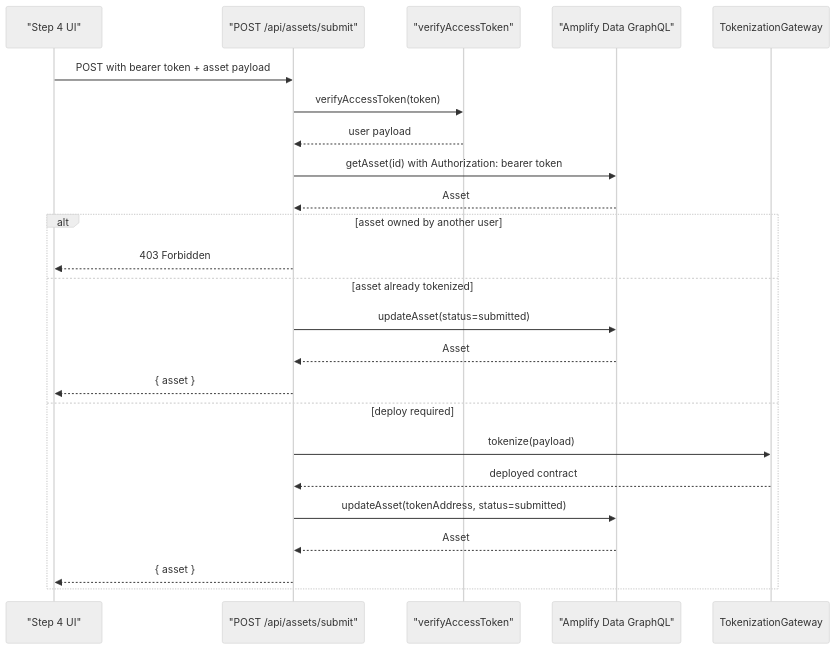
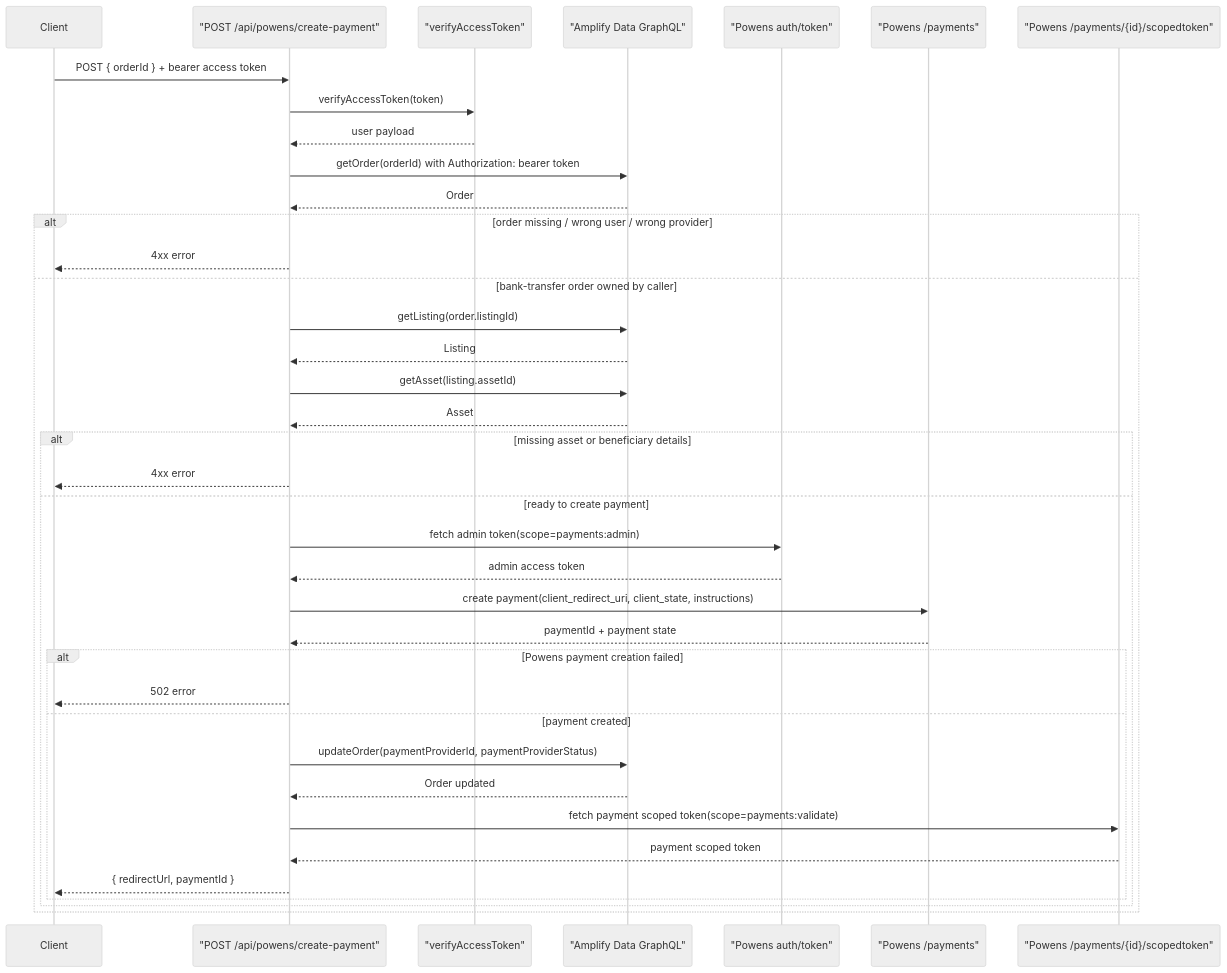
One commit to j4nos/cz changed the tenth of 31 diagrams in specs/13 - use cases sequence.md. Above: the diagram before and after it, drawn with Mermaid (neutral theme). The commit also changed other lines of this file and 5 other files, not shown here.

Commit message:
fix(flows): restore public listing reads and simplify checkout and minting

````diff
--- a/specs/13 - use cases sequence.md
+++ b/specs/13 - use cases sequence.md
@@ -213,27 +213,42 @@
 ```mermaid
 sequenceDiagram
-  participant Step4Page as "Step 4 UI"
-  participant SubmitAssetAPI as "POST /api/assets/submit"
+  participant Client
+  participant CreatePaymentAPI as "POST /api/powens/create-payment"
   participant VerifyToken as "verifyAccessToken"
   participant AppSyncGraphQL as "Amplify Data GraphQL"
-  participant TokenizationGateway
+  participant PowensAuth as "Powens auth/token"
+  participant PowensPayments as "Powens /payments"
+  participant PowensScopedToken as "Powens /payments/{id}/scopedtoken"
 
-  Step4Page->>SubmitAssetAPI: POST with bearer token + asset payload
-  SubmitAssetAPI->>VerifyToken: verifyAccessToken(token)
-  VerifyToken-->>SubmitAssetAPI: user payload
-  SubmitAssetAPI->>AppSyncGraphQL: getAsset(id) with Authorization: bearer token
-  AppSyncGraphQL-->>SubmitAssetAPI: Asset
-  alt asset owned by another user
-    SubmitAssetAPI-->>Step4Page: 403 Forbidden
-  else asset already tokenized
-    SubmitAssetAPI->>AppSyncGraphQL: updateAsset(status=submitted)
-    AppSyncGraphQL-->>SubmitAssetAPI: Asset
-    SubmitAssetAPI-->>Step4Page: { asset }
-  else deploy required
-    SubmitAssetAPI->>TokenizationGateway: tokenize(payload)
-    TokenizationGateway-->>SubmitAssetAPI: deployed contract
-    SubmitAssetAPI->>AppSyncGraphQL: updateAsset(tokenAddress, status=submitted)
-    AppSyncGraphQL-->>SubmitAssetAPI: Asset
-    SubmitAssetAPI-->>Step4Page: { asset }
+  Client->>CreatePaymentAPI: POST { orderId } + bearer access token
+  CreatePaymentAPI->>VerifyToken: verifyAccessToken(token)
+  VerifyToken-->>CreatePaymentAPI: user payload
+
+  CreatePaymentAPI->>AppSyncGraphQL: getOrder(orderId) with Authorization: bearer token
+  AppSyncGraphQL-->>CreatePaymentAPI: Order
+  alt order missing / wrong user / wrong provider
+    CreatePaymentAPI-->>Client: 4xx error
+  else bank-transfer order owned by caller
+    CreatePaymentAPI->>AppSyncGraphQL: getListing(order.listingId)
+    AppSyncGraphQL-->>CreatePaymentAPI: Listing
+    CreatePaymentAPI->>AppSyncGraphQL: getAsset(listing.assetId)
+    AppSyncGraphQL-->>CreatePaymentAPI: Asset
+    alt missing asset or beneficiary details
+      CreatePaymentAPI-->>Client: 4xx error
+    else ready to create payment
+      CreatePaymentAPI->>PowensAuth: fetch admin token(scope=payments:admin)
+      PowensAuth-->>CreatePaymentAPI: admin access token
+      CreatePaymentAPI->>PowensPayments: create payment(client_redirect_uri, client_state, instructions)
+      PowensPayments-->>CreatePaymentAPI: paymentId + payment state
+      alt Powens payment creation failed
+        CreatePaymentAPI-->>Client: 502 error
+      else payment created
+        CreatePaymentAPI->>AppSyncGraphQL: updateOrder(paymentProviderId, paymentProviderStatus)
+        AppSyncGraphQL-->>CreatePaymentAPI: Order updated
+        CreatePaymentAPI->>PowensScopedToken: fetch payment scoped token(scope=payments:validate)
+        PowensScopedToken-->>CreatePaymentAPI: payment scoped token
+        CreatePaymentAPI-->>Client: { redirectUrl, paymentId }
+      end
+    end
   end
 ```
````
